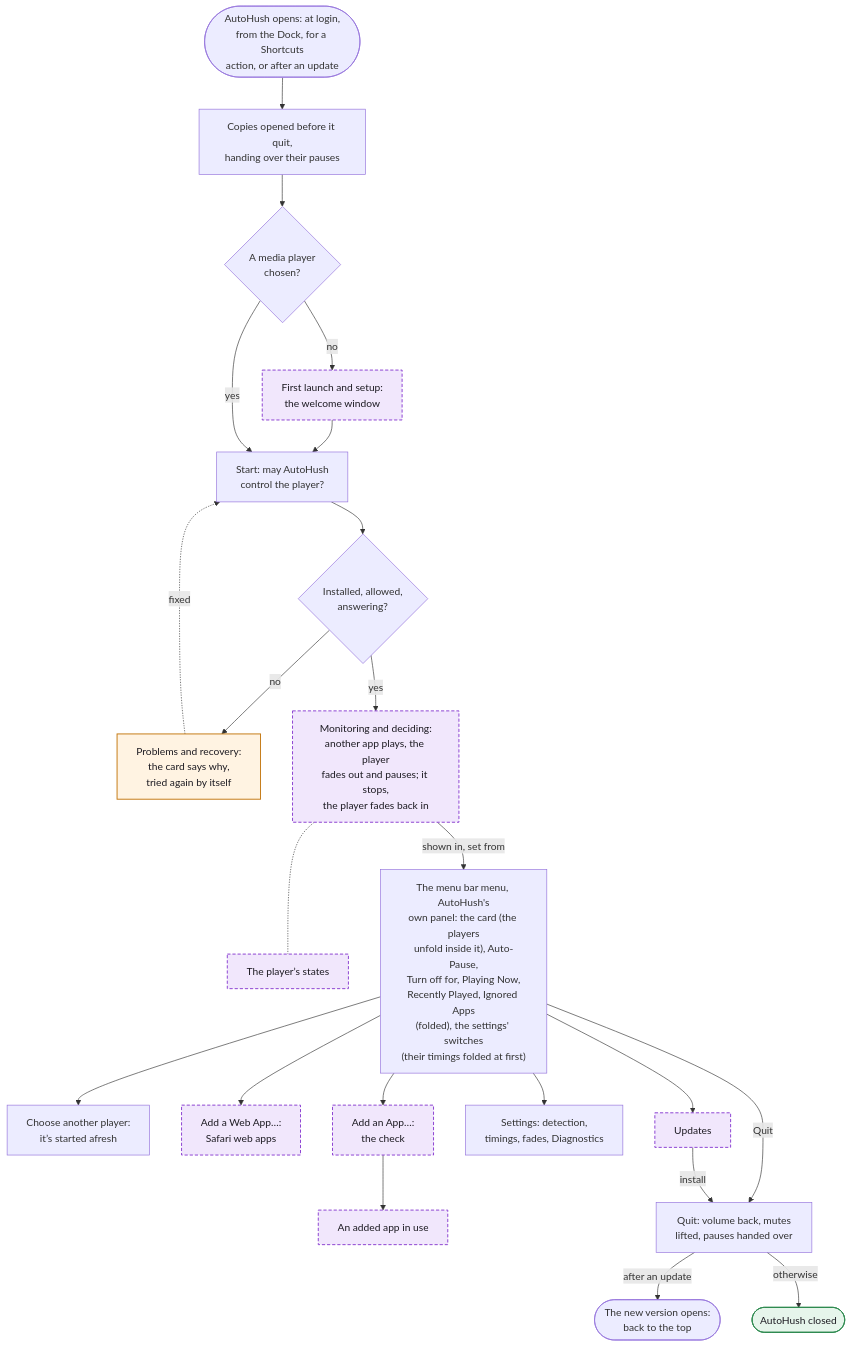
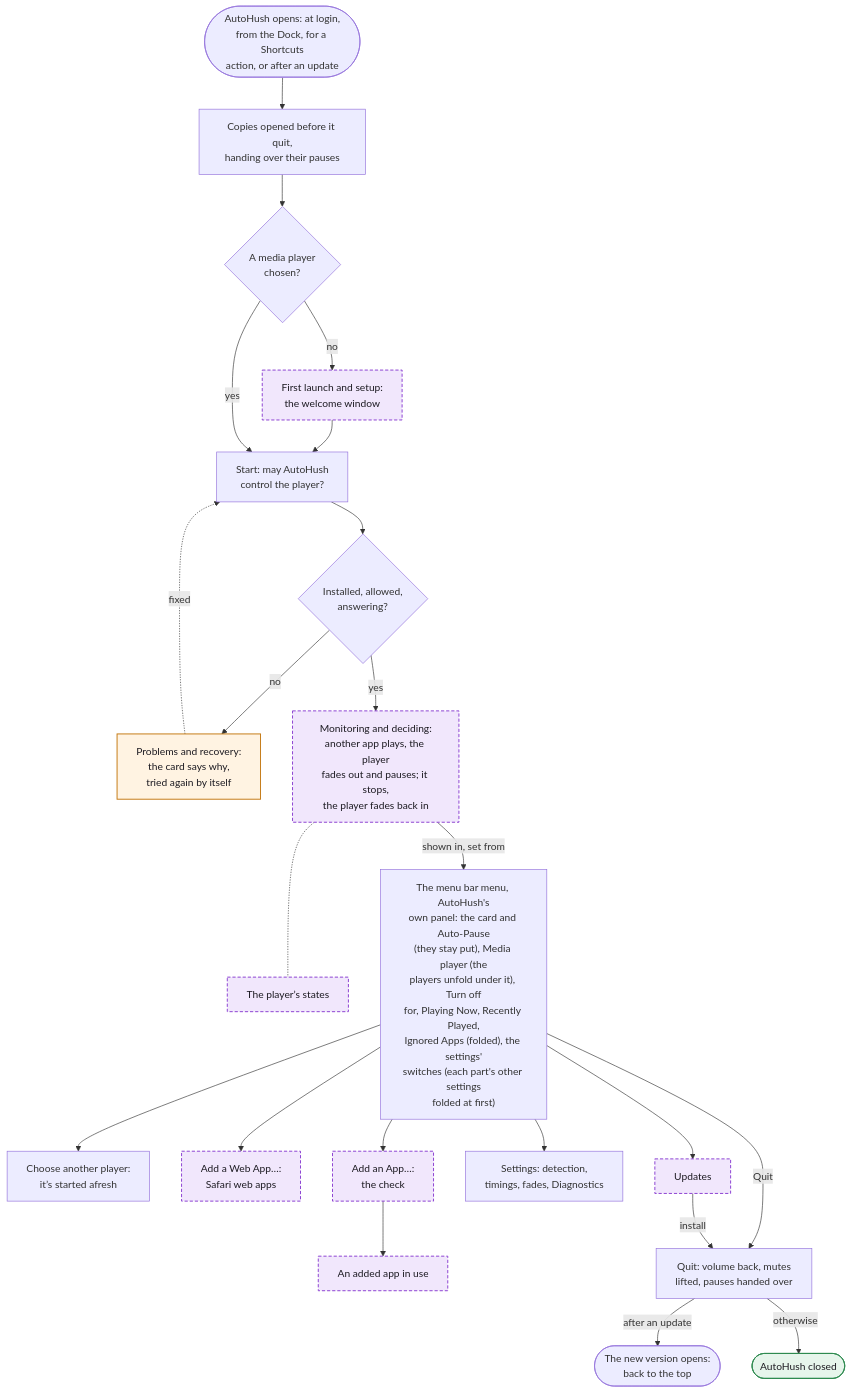
The first of 14 diagrams in WORKFLOWS.md (hfustercabre/AutoHush), drawn with Mermaid before and after one commit. The commit also changed 37 other files, not shown here.

First line of the commit message:
feat: AutoHush looks like the macOS it runs on

````diff
--- a/WORKFLOWS.md
+++ b/WORKFLOWS.md
@@ -24,48 +24,48 @@
 ```mermaid
 flowchart TD
   L(["AutoHush opens: at login,<br/>from the Dock, for a Shortcuts<br/>action, or after an update"])
   O["Copies opened before it quit,<br/>handing over their pauses"]
   C{"A media player<br/>chosen?"}
   W["First launch and setup:<br/>the welcome window"]
   S["Start: may AutoHush<br/>control the player?"]
   P{"Installed, allowed,<br/>answering?"}
   R["Problems and recovery:<br/>the card says why,<br/>tried again by itself"]
   M["Monitoring and deciding:<br/>another app plays, the player<br/>fades out and pauses; it stops,<br/>the player fades back in"]
   ST["The player’s states"]
-  MENU["The menu bar menu, AutoHush's<br/>own panel: the card (the players<br/>unfold inside it), Auto-Pause,<br/>Turn off for, Playing Now,<br/>Recently Played, Ignored Apps<br/>(folded), the settings' switches<br/>(their timings folded at first)"]
+  MENU["The menu bar menu, AutoHush's<br/>own panel: the card and Auto-Pause<br/>(they stay put), Media player (the<br/>players unfold under it), Turn off<br/>for, Playing Now, Recently Played,<br/>Ignored Apps (folded), the settings'<br/>switches (each part's other settings<br/>folded at first)"]
   CH["Choose another player:<br/>it’s started afresh"]
   WA["Add a Web App…:<br/>Safari web apps"]
   AA["Add an App…:<br/>the check"]
   AU["An added app in use"]
   SET["Settings: detection,<br/>timings, fades, Diagnostics"]
   UP["Updates"]
   Q["Quit: volume back, mutes<br/>lifted, pauses handed over"]
   RL(["The new version opens:<br/>back to the top"])
   QX(["AutoHush closed"])
 
   L --> O --> C
   C -->|"no"| W --> S
   C -->|"yes"| S
   S --> P
   P -->|"no"| R
   R -.->|"fixed"| S
   P -->|"yes"| M
   M -.- ST
   M -->|"shown in, set from"| MENU
   MENU --> CH
   MENU --> WA
   MENU --> AA --> AU
   MENU --> SET
   MENU --> UP
   MENU -->|"Quit"| Q
   UP -->|"install"| Q
   Q -->|"after an update"| RL
   Q -->|"otherwise"| QX
 
   class W,M,ST,WA,AA,AU,UP ref
   class R warn
   class QX done
   classDef ref fill:#f1e7fc,stroke:#8a3fd1,stroke-width:1.5px,stroke-dasharray: 5 3,color:#1d1b22
   classDef warn fill:#fff3e2,stroke:#c47812,stroke-width:1.5px,color:#1d1b22
   classDef done fill:#e6f5eb,stroke:#2f8a50,stroke-width:1.5px,color:#1d1b22
 ```
````
